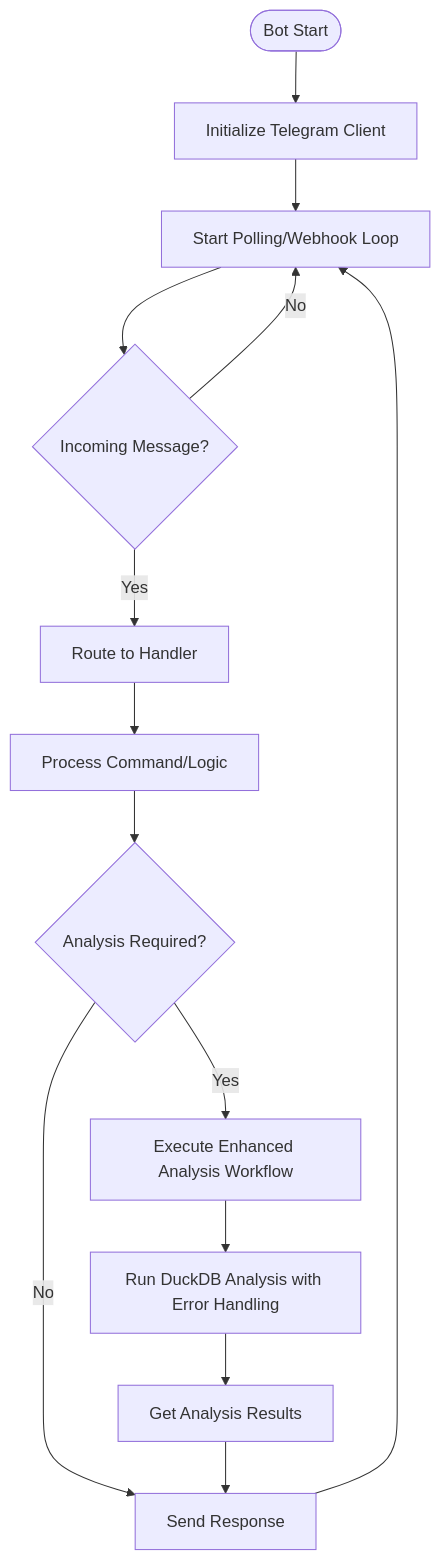
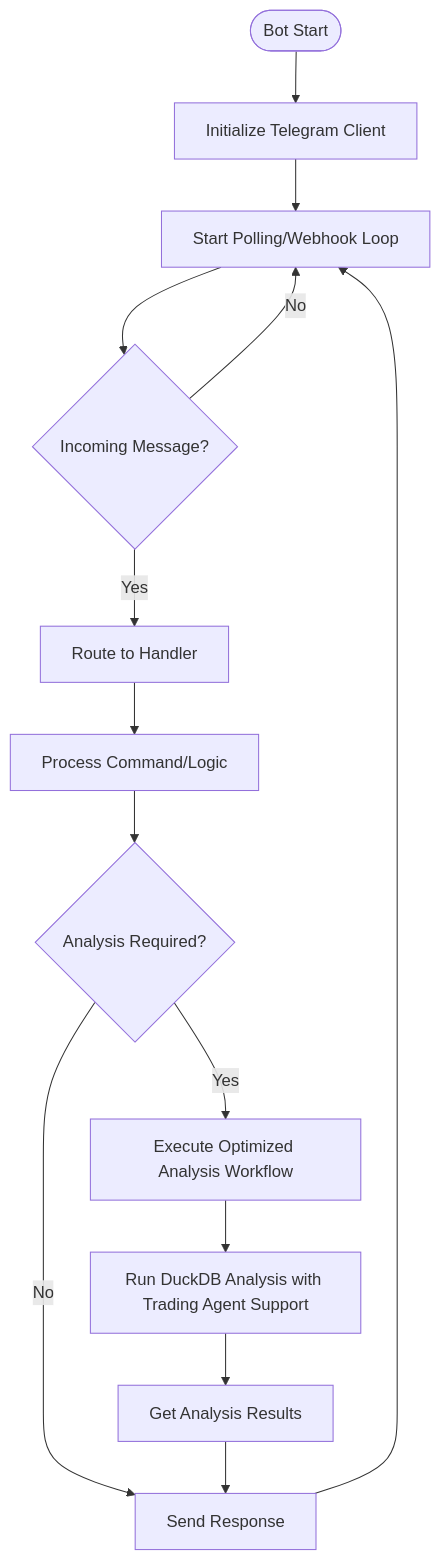
One commit to ZengSeng/telegram-bot changed the third of 12 diagrams in .qoder/repowiki/en/content/Core Components/Analysis Framework.md. Above: the diagram before and after it, drawn with Mermaid. The commit also changed other lines of this file and 7 other files, not shown here.

````diff
--- a/.qoder/repowiki/en/content/Core Components/Analysis Framework.md
+++ b/.qoder/repowiki/en/content/Core Components/Analysis Framework.md
@@ -244,16 +226,16 @@
 ```mermaid
 flowchart TD
 Start(["Bot Start"]) --> Init["Initialize Telegram Client"]
 Init --> Poll["Start Polling/Webhook Loop"]
 Poll --> OnMessage{"Incoming Message?"}
 OnMessage --> |Yes| Route["Route to Handler"]
 Route --> Process["Process Command/Logic"]
 Process --> CheckAnalysis{"Analysis Required?"}
-CheckAnalysis --> |Yes| ExecuteAnalysis["Execute Enhanced Analysis Workflow"]
+CheckAnalysis --> |Yes| ExecuteAnalysis["Execute Optimized Analysis Workflow"]
 CheckAnalysis --> |No| Reply["Send Response"]
-ExecuteAnalysis --> Analyze["Run DuckDB Analysis with Error Handling"]
+ExecuteAnalysis --> Analyze["Run DuckDB Analysis with Trading Agent Support"]
 Analyze --> GetResults["Get Analysis Results"]
 GetResults --> Reply["Send Response"]
 Reply --> Poll
 OnMessage --> |No| Poll
 ```
````
